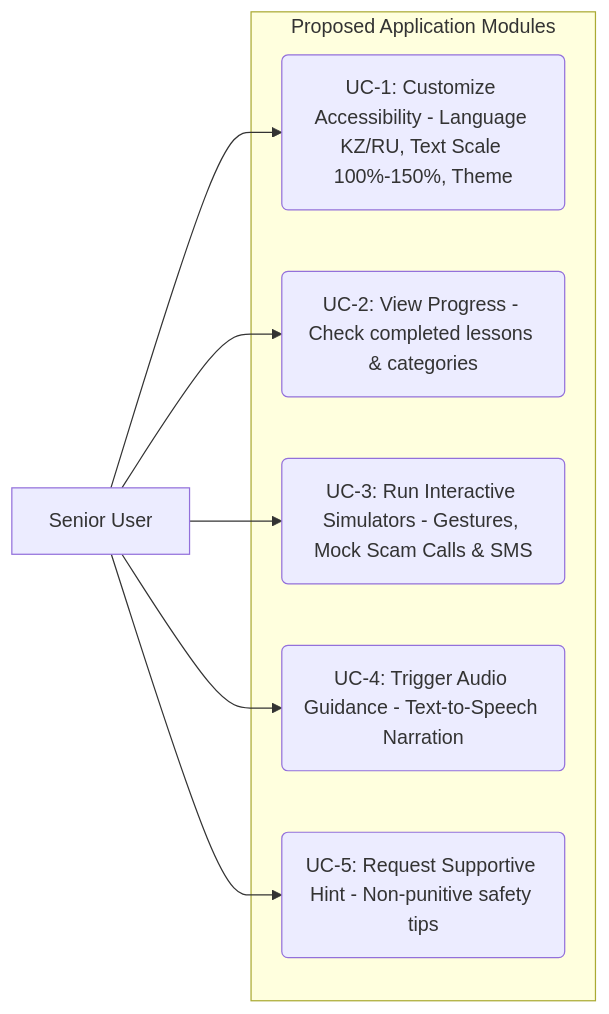
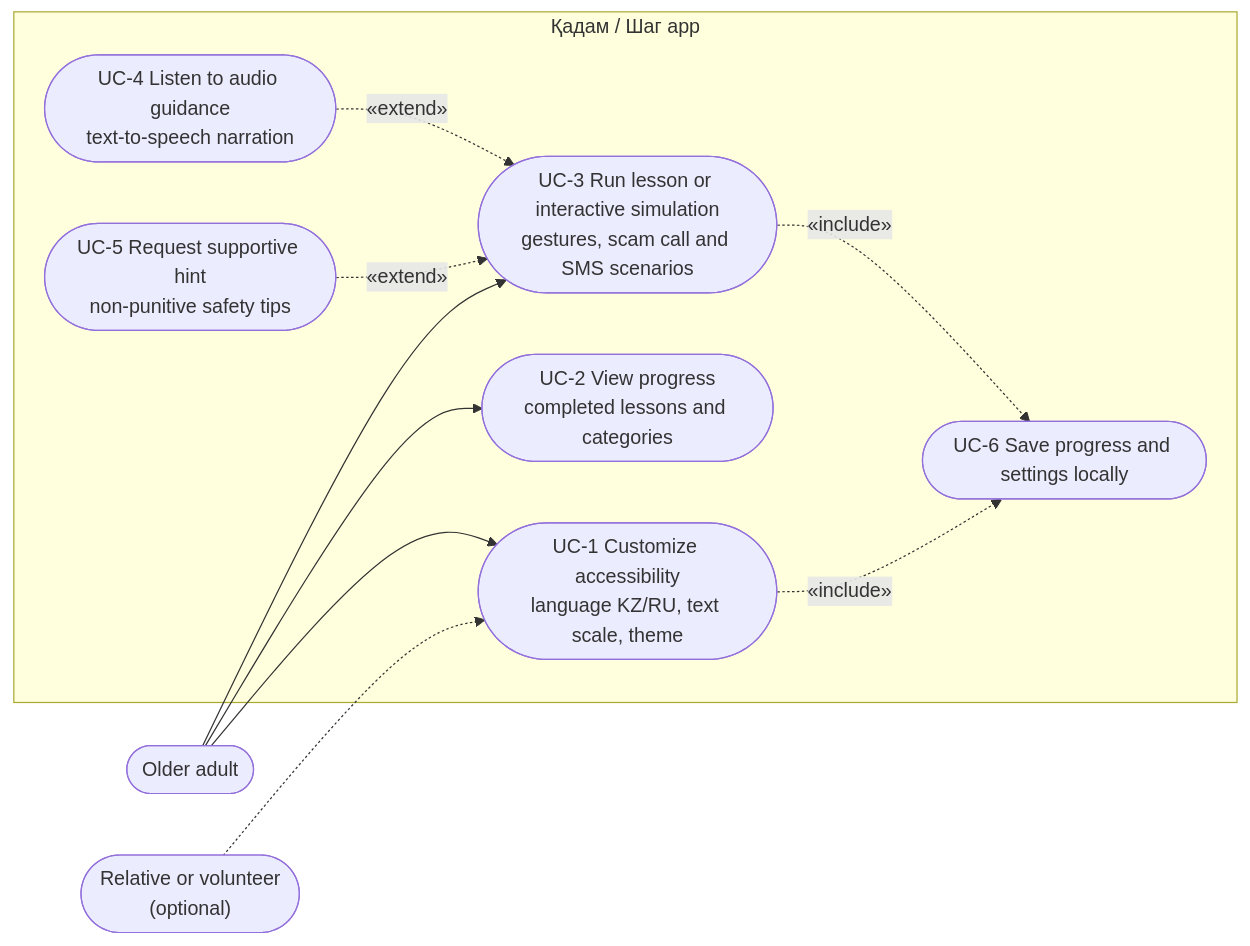
Before and after one commit to dana-rais/diplom-app: the second of 3 diagrams in docs/diagrams/README.md, drawn with Mermaid. The commit also changed other lines of this file, not shown here.

````diff
--- a/docs/diagrams/README.md
+++ b/docs/diagrams/README.md
@@ -17,18 +36,23 @@
 ```mermaid
-graph LR
-    User[Senior User]
-    
-    subgraph Proposed Application Modules
-        UC1(UC-1: Customize Accessibility - Language KZ/RU, Text Scale 100%-150%, Theme)
-        UC2(UC-2: View Progress - Check completed lessons & categories)
-        UC3(UC-3: Run Interactive Simulators - Gestures, Mock Scam Calls & SMS)
-        UC4(UC-4: Trigger Audio Guidance - Text-to-Speech Narration)
-        UC5(UC-5: Request Supportive Hint - Non-punitive safety tips)
+flowchart LR
+    user(["Older adult"])
+    helper(["Relative or volunteer<br/>(optional)"])
+
+    subgraph sys["Қадам / Шаг app"]
+        uc1(["UC-1 Customize accessibility<br/>language KZ/RU, text scale, theme"])
+        uc2(["UC-2 View progress<br/>completed lessons and categories"])
+        uc3(["UC-3 Run lesson or interactive simulation<br/>gestures, scam call and SMS scenarios"])
+        uc4(["UC-4 Listen to audio guidance<br/>text-to-speech narration"])
+        uc5(["UC-5 Request supportive hint<br/>non-punitive safety tips"])
+        uc6(["UC-6 Save progress and settings locally"])
     end
-    
-    User --> UC1
-    User --> UC2
-    User --> UC3
-    User --> UC4
-    User --> UC5
+
+    user --> uc1
+    user --> uc2
+    user --> uc3
+    helper -.-> uc1
+    uc4 -.->|"«extend»"| uc3
+    uc5 -.->|"«extend»"| uc3
+    uc1 -.->|"«include»"| uc6
+    uc3 -.->|"«include»"| uc6
 ```
````
